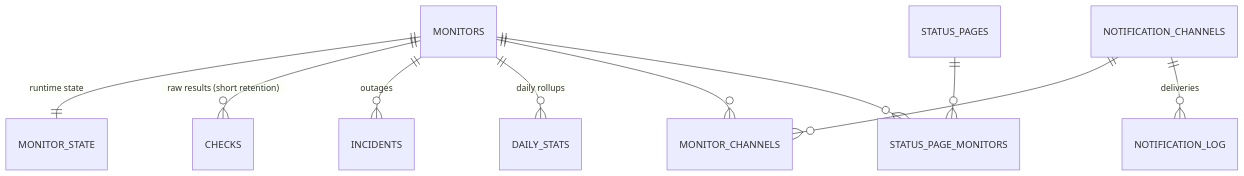
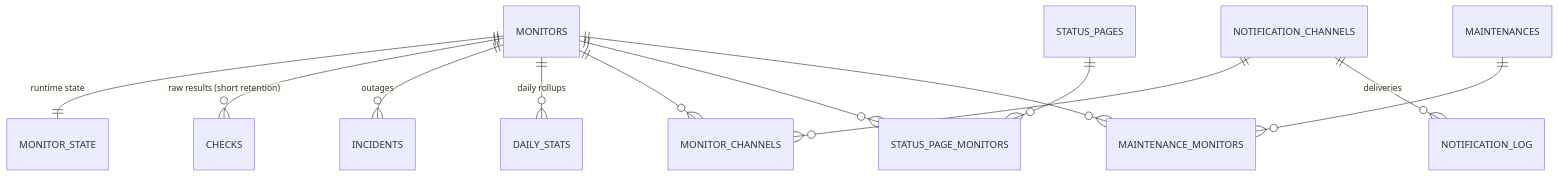
The diagram in docs/database-schema.md (MathieuMarthy/uptime-monitoring), drawn with Mermaid before and after one commit. The commit also changed other lines of this file and 45 other files, not shown here.

````diff
--- a/docs/database-schema.md
+++ b/docs/database-schema.md
@@ -21,12 +21,14 @@
 ```mermaid
 erDiagram
     MONITORS ||--|| MONITOR_STATE : "runtime state"
     MONITORS ||--o{ CHECKS : "raw results (short retention)"
     MONITORS ||--o{ INCIDENTS : "outages"
     MONITORS ||--o{ DAILY_STATS : "daily rollups"
     MONITORS ||--o{ MONITOR_CHANNELS : ""
     NOTIFICATION_CHANNELS ||--o{ MONITOR_CHANNELS : ""
     NOTIFICATION_CHANNELS ||--o{ NOTIFICATION_LOG : "deliveries"
     STATUS_PAGES ||--o{ STATUS_PAGE_MONITORS : ""
     MONITORS ||--o{ STATUS_PAGE_MONITORS : ""
+    MAINTENANCES ||--o{ MAINTENANCE_MONITORS : ""
+    MONITORS ||--o{ MAINTENANCE_MONITORS : ""
 ```
````
